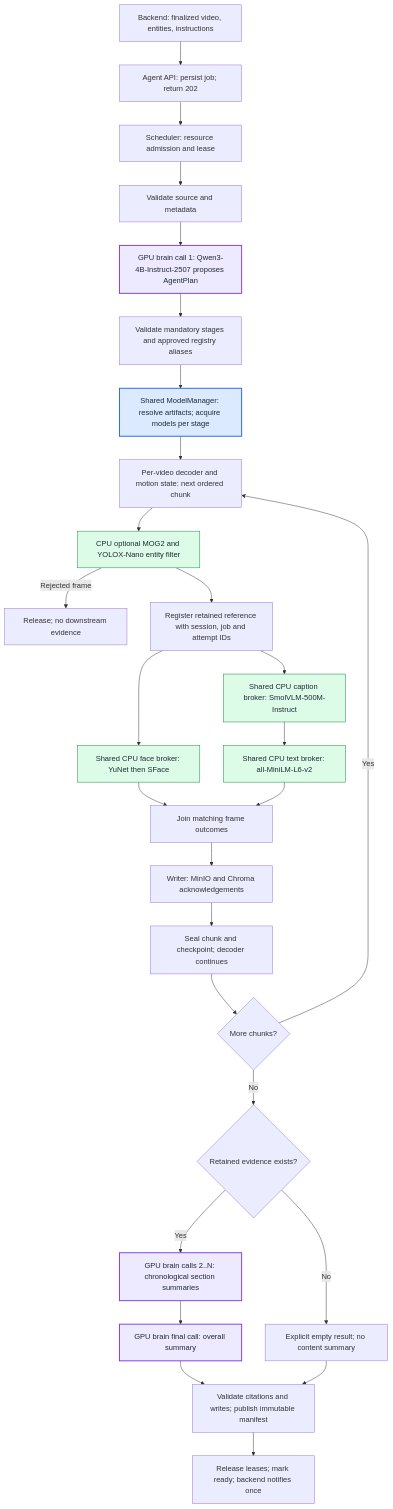
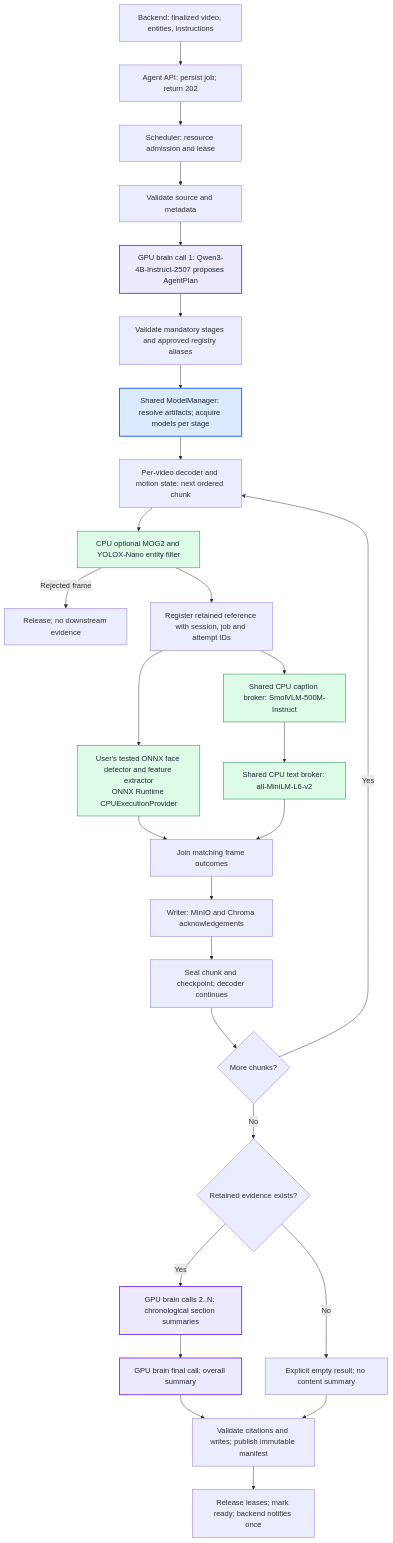
Before and after one commit to krishnakv24/Video-Analyzer-Agent: the first of 3 diagrams in agent_service/docs/workflows.md, drawn with Mermaid. The commit also changed other lines of this file and 2 other files, not shown here.

Commit message:
Intermediate Agnet architecture

````diff
--- a/agent_service/docs/workflows.md
+++ b/agent_service/docs/workflows.md
@@ -21,35 +21,35 @@
 ```mermaid
 flowchart TD
     A["Backend: finalized video, entities, instructions"] --> B["Agent API: persist job; return 202"]
     B --> C["Scheduler: resource admission and lease"]
     C --> D["Validate source and metadata"]
     D --> P["GPU brain call 1: Qwen3-4B-Instruct-2507 proposes AgentPlan"]
     P --> V["Validate mandatory stages and approved registry aliases"]
     V --> MM["Shared ModelManager: resolve artifacts; acquire models per stage"]
     MM --> N["Per-video decoder and motion state: next ordered chunk"]
     N --> F["CPU optional MOG2 and YOLOX-Nano entity filter"]
     F -->|Rejected frame| X["Release; no downstream evidence"]
     F --> R["Register retained reference with session, job and attempt IDs"]
-    R --> FP["Shared CPU face broker: YuNet then SFace"]
+    R --> FP["User's tested ONNX face detector and feature extractor<br/>ONNX Runtime CPUExecutionProvider"]
     R --> CP["Shared CPU caption broker: SmolVLM-500M-Instruct"]
     CP --> E["Shared CPU text broker: all-MiniLM-L6-v2"]
     FP --> J["Join matching frame outcomes"]
     E --> J
     J --> W["Writer: MinIO and Chroma acknowledgements"]
     W --> K["Seal chunk and checkpoint; decoder continues"]
     K --> Q{"More chunks?"}
     Q -->|Yes| N
     Q -->|No| H{"Retained evidence exists?"}
     H -->|Yes| S["GPU brain calls 2..N: chronological section summaries"]
     S --> G["GPU brain final call: overall summary"]
     H -->|No| Z["Explicit empty result; no content summary"]
     G --> PUB["Validate citations and writes; publish immutable manifest"]
     Z --> PUB
     PUB --> DONE["Release leases; mark ready; backend notifies once"]
     classDef brain fill:#ede9fe,stroke:#7c3aed,stroke-width:2px,color:#1f2937
     classDef manager fill:#dbeafe,stroke:#2563eb,stroke-width:2px,color:#1f2937
     classDef vision fill:#dcfce7,stroke:#15803d,color:#1f2937
     class P,S,G brain
     class MM manager
     class F,FP,CP,E vision
 ```
````
